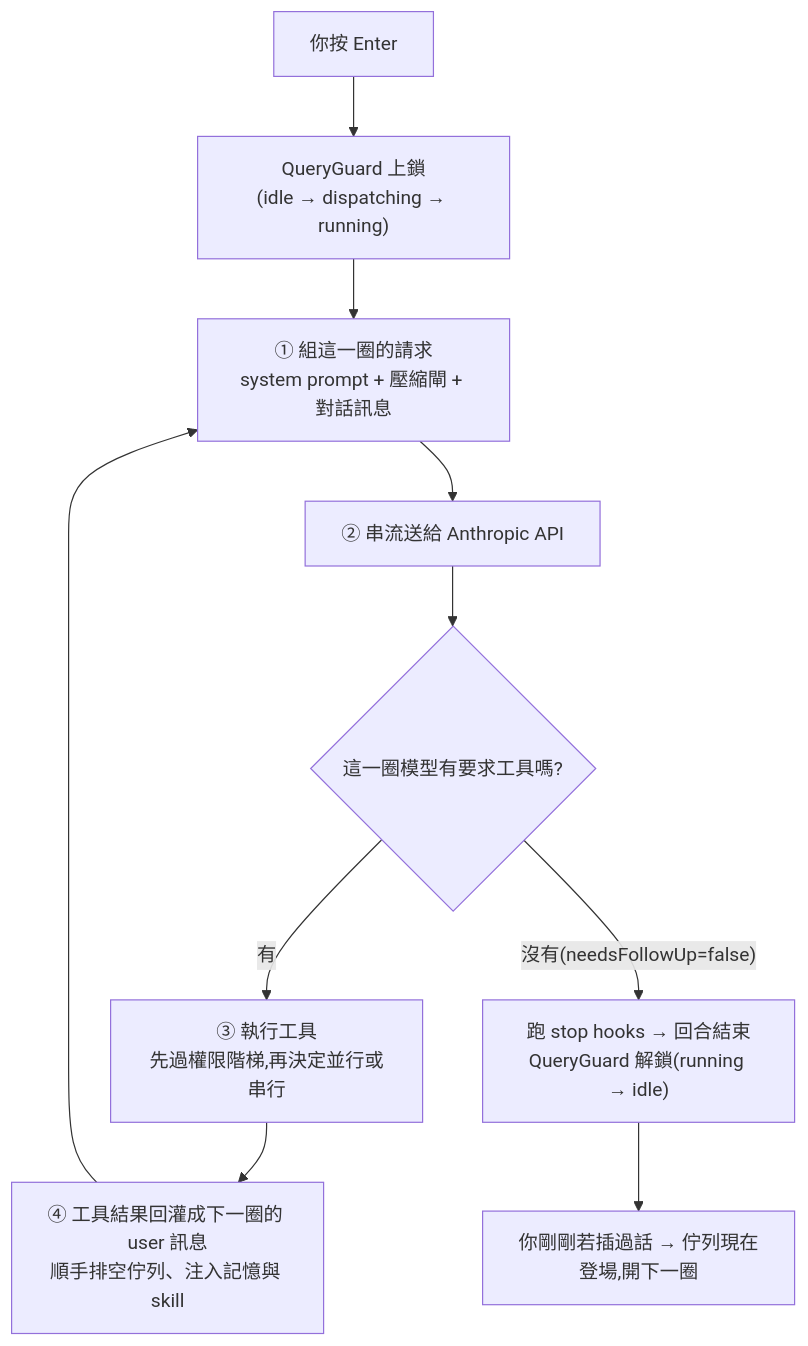
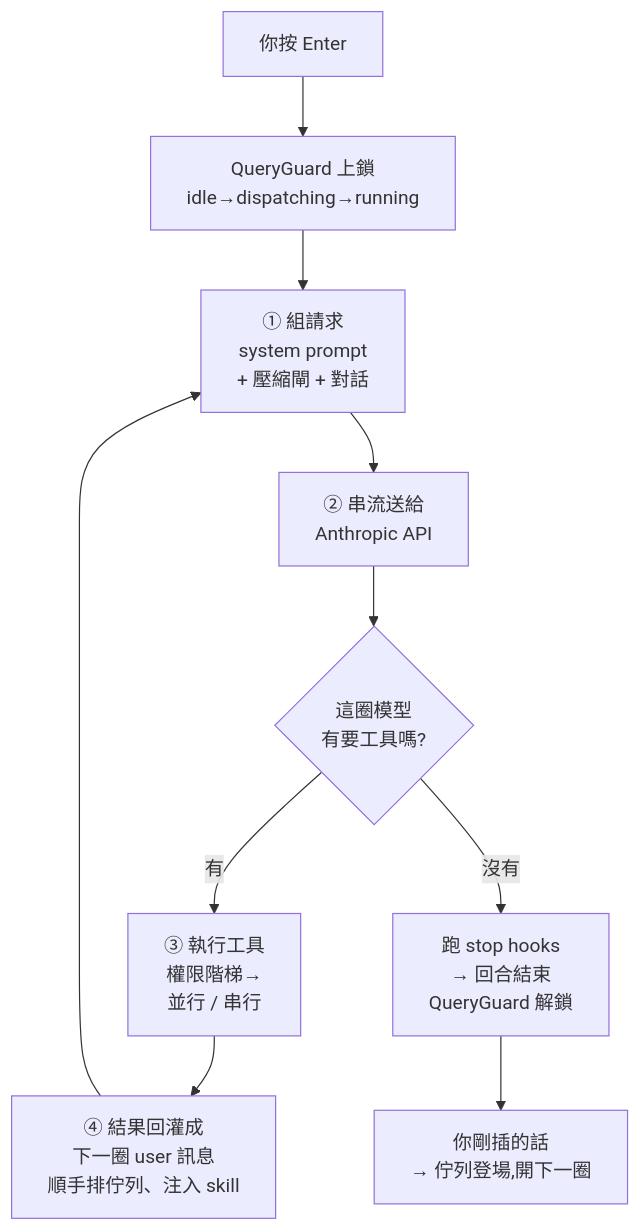
The first of 3 diagrams in technology/claude-code/claude-code-architecture-deep-dive.md (shooter2062424/Knowledge), drawn with Mermaid before and after one commit. The commit also changed other lines of this file, not shown here.

First line of the commit message:
[docs] Claude Code 拆解筆記:三張 Mermaid 圖縮短 label 避免自動換行

````diff
--- a/technology/claude-code/claude-code-architecture-deep-dive.md
+++ b/technology/claude-code/claude-code-architecture-deep-dive.md
@@ -26,12 +26,12 @@
 ```mermaid
 flowchart TB
-    U["你按 Enter"] --> G["QueryGuard 上鎖<br/>(idle → dispatching → running)"]
-    G --> A1["① 組這一圈的請求<br/>system prompt + 壓縮閘 + 對話訊息"]
-    A1 --> A2["② 串流送給 Anthropic API"]
-    A2 --> A3{"這一圈模型有要求工具嗎?"}
-    A3 -->|"有"| A4["③ 執行工具<br/>先過權限階梯,再決定並行或串行"]
-    A4 --> A5["④ 工具結果回灌成下一圈的 user 訊息<br/>順手排空佇列、注入記憶與 skill"]
+    U["你按 Enter"] --> G["QueryGuard 上鎖<br/>idle→dispatching→running"]
+    G --> A1["① 組請求<br/>system prompt<br/>+ 壓縮閘 + 對話"]
+    A1 --> A2["② 串流送給<br/>Anthropic API"]
+    A2 --> A3{"這圈模型<br/>有要工具嗎?"}
+    A3 -->|有| A4["③ 執行工具<br/>權限階梯→<br/>並行 / 串行"]
+    A4 --> A5["④ 結果回灌成<br/>下一圈 user 訊息<br/>順手排佇列、注入 skill"]
     A5 --> A1
-    A3 -->|"沒有(needsFollowUp=false)"| A6["跑 stop hooks → 回合結束<br/>QueryGuard 解鎖(running → idle)"]
-    A6 --> A7["你剛剛若插過話 → 佇列現在登場,開下一圈"]
+    A3 -->|沒有| A6["跑 stop hooks<br/>→ 回合結束<br/>QueryGuard 解鎖"]
+    A6 --> A7["你剛插的話<br/>→ 佇列登場,開下一圈"]
 ```
````
